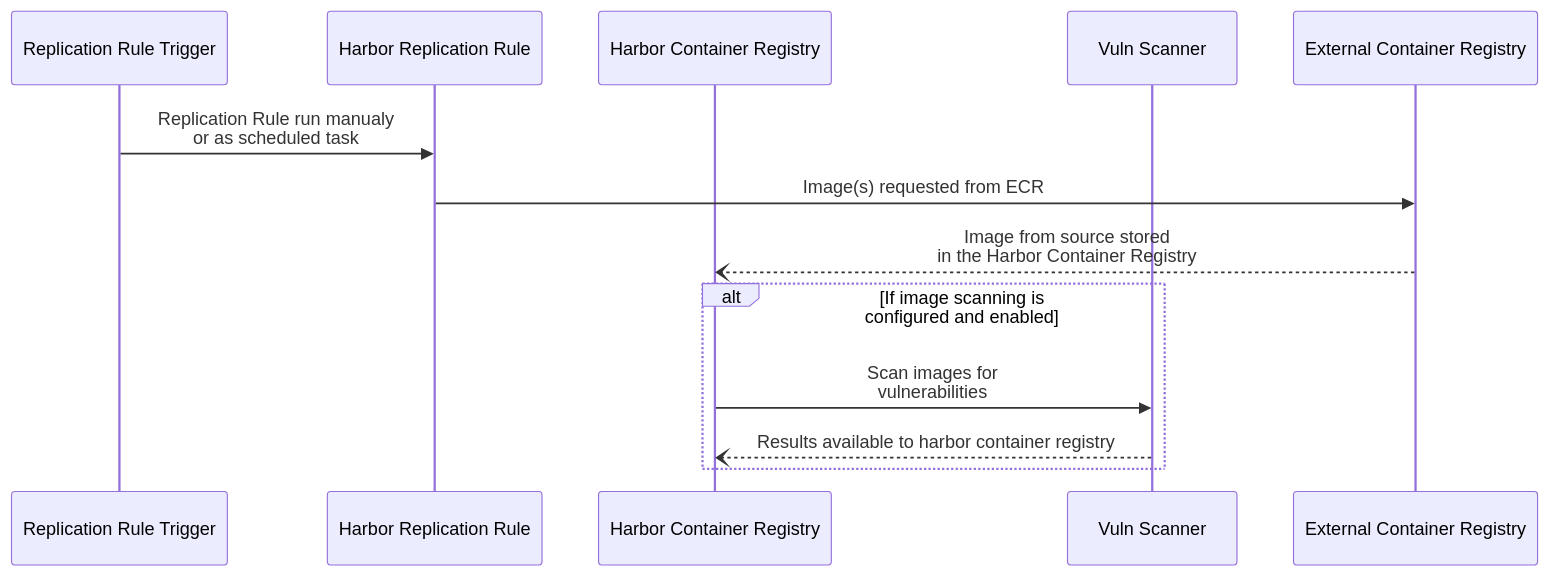
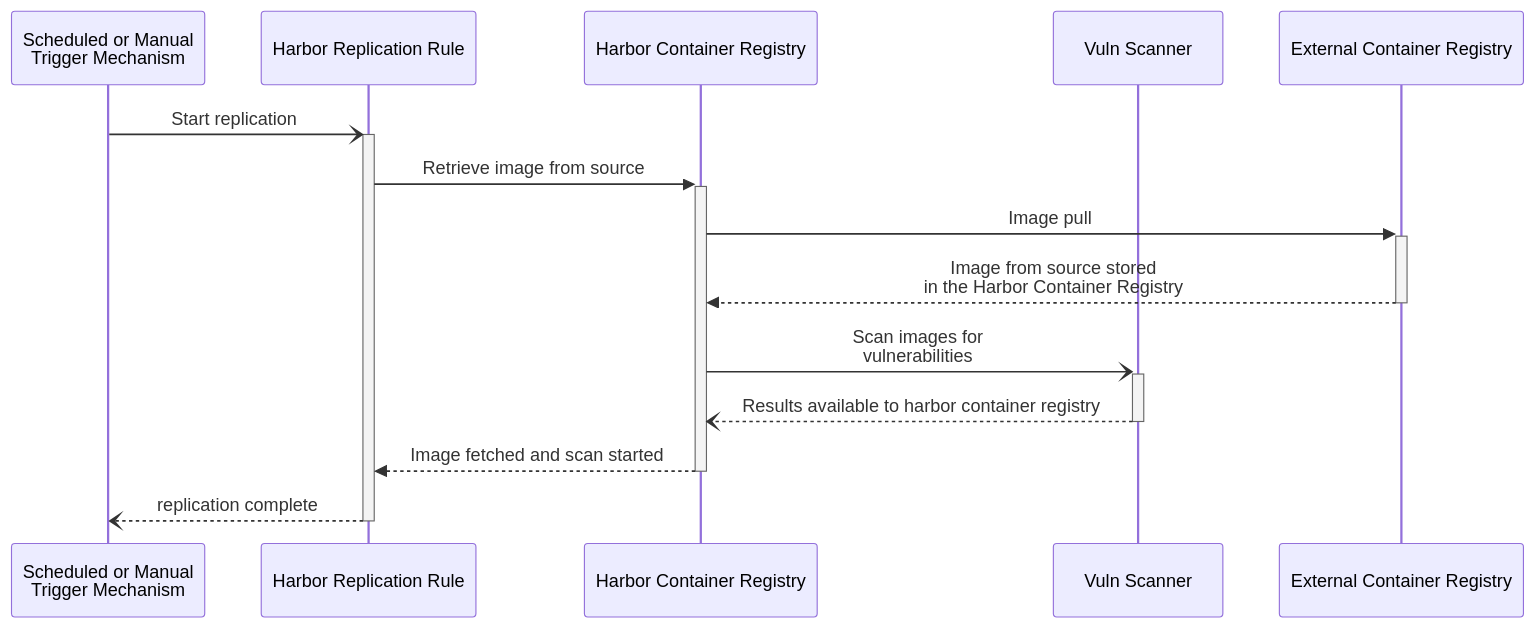
Before and after one commit to retaildevcrews/ngsa-asb: the third of 5 diagrams in spikes/harbor/harborflows.md, drawn with Mermaid.

Commit message:
update replication sequence

````diff
--- a/spikes/harbor/harborflows.md
+++ b/spikes/harbor/harborflows.md
@@ -70,16 +70,18 @@
 ```mermaid
 sequenceDiagram
-    participant action  as Replication Rule Trigger
+    participant action  as Scheduled or Manual <br> Trigger Mechanism
     participant replicator  as Harbor Replication Rule
     participant hrCache as Harbor Container Registry
     participant scan    as Vuln Scanner
     participant ecr     as External Container Registry
     
-    action      ->> replicator: Replication Rule run manualy <br> or as scheduled task
-    replicator  ->> ecr: Image(s) requested from ECR
-    ecr         --) hrCache: Image from source stored <br> in the Harbor Container Registry
-    alt If image scanning is <br> configured and enabled
-        hrCache ->> scan: Scan images for <br> vulnerabilities
-        scan    --) hrCache: Results available to harbor container registry
-        end
+    action      -)+ replicator: Start replication
+    replicator  ->>+ hrCache: Retrieve image from source
+    hrCache     ->>+ ecr: Image pull
+    ecr         -->>- hrCache: Image from source stored <br> in the Harbor Container Registry
+    hrCache -)+ scan: Scan images for <br> vulnerabilities
+    scan    --)- hrCache: Results available to harbor container registry
+    hrCache -->>- replicator: Image fetched and scan started
+
+    replicator --)- action: replication complete
 ```
````
